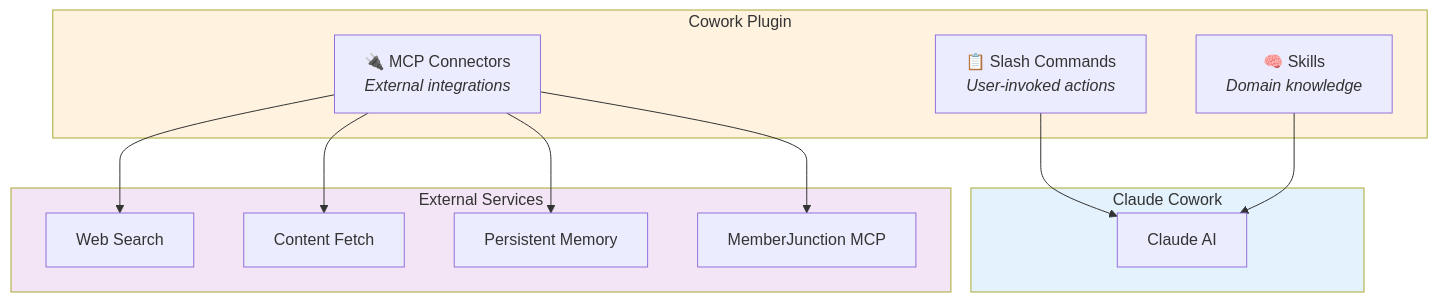
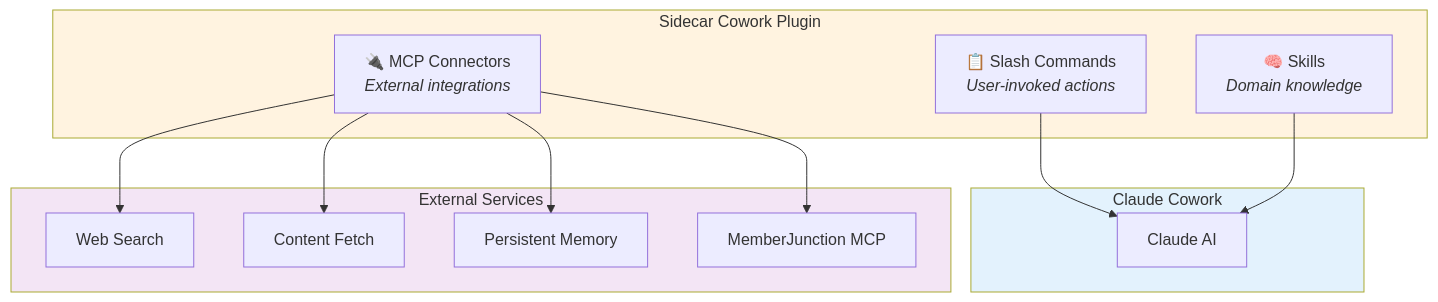
Before and after one commit to MemberJunction/co-work-plugins: the second of 3 diagrams in README.md, drawn with Mermaid. The commit also changed other lines of this file and 19 other files, not shown here.

First line of the commit message:
Add Sidecar branding throughout plugin

````diff
--- a/README.md
+++ b/README.md
@@ -65,30 +65,30 @@
 ```mermaid
 flowchart TB
-    subgraph Plugin["Cowork Plugin"]
+    subgraph Plugin["Sidecar Cowork Plugin"]
         Commands["📋 Slash Commands<br/><i>User-invoked actions</i>"]
         Skills["🧠 Skills<br/><i>Domain knowledge</i>"]
         MCP["🔌 MCP Connectors<br/><i>External integrations</i>"]
     end
 
     subgraph Cowork["Claude Cowork"]
         AI["Claude AI"]
     end
 
     subgraph External["External Services"]
         Search["Web Search"]
         Fetch["Content Fetch"]
         Memory["Persistent Memory"]
         MJMCP["MemberJunction MCP"]
     end
 
     Commands --> AI
     Skills --> AI
     MCP --> Search
     MCP --> Fetch
     MCP --> Memory
     MCP --> MJMCP
 
     style Plugin fill:#fff3e0
     style Cowork fill:#e3f2fd
     style External fill:#f3e5f5
 ```
````
